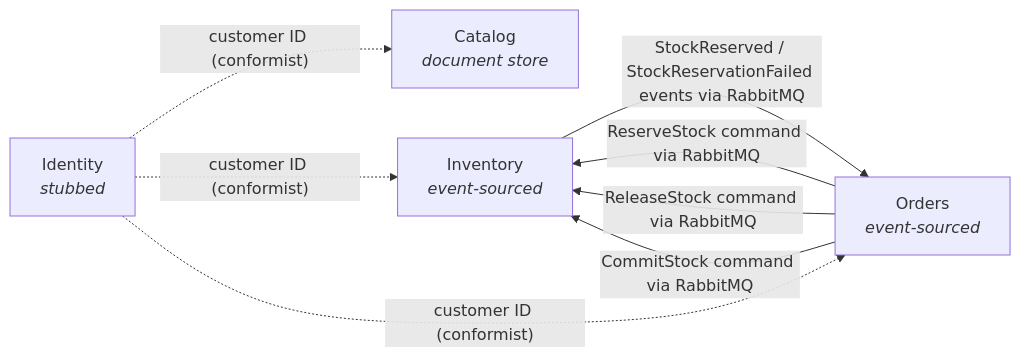
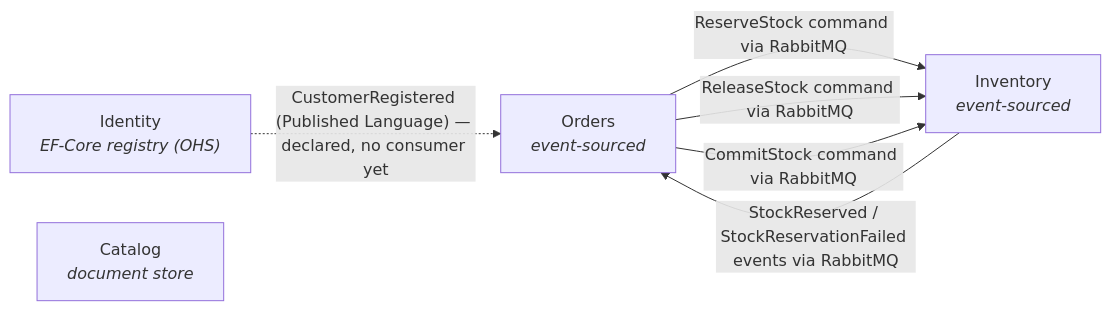
One commit to erikshafer/crittermart changed the diagram in docs/context-map/README.md. Above: the diagram before and after it, drawn with Mermaid. The commit also changed other lines of this file and 4 other files, not shown here.

````diff
--- a/docs/context-map/README.md
+++ b/docs/context-map/README.md
@@ -16,16 +16,14 @@
 ```mermaid
 graph LR
-    Identity["Identity<br/><i>stubbed</i>"]
+    Identity["Identity<br/><i>EF-Core registry (OHS)</i>"]
     Catalog["Catalog<br/><i>document store</i>"]
     Inventory["Inventory<br/><i>event-sourced</i>"]
     Orders["Orders<br/><i>event-sourced</i>"]
 
     Orders -->|"ReserveStock command via RabbitMQ"| Inventory
     Inventory -->|"StockReserved / StockReservationFailed events via RabbitMQ"| Orders
     Orders -->|"ReleaseStock command via RabbitMQ"| Inventory
     Orders -->|"CommitStock command via RabbitMQ"| Inventory
 
-    Identity -.->|"customer ID (conformist)"| Catalog
-    Identity -.->|"customer ID (conformist)"| Inventory
-    Identity -.->|"customer ID (conformist)"| Orders
+    Identity -.->|"CustomerRegistered (Published Language) — declared, no consumer yet"| Orders
 ```
````
